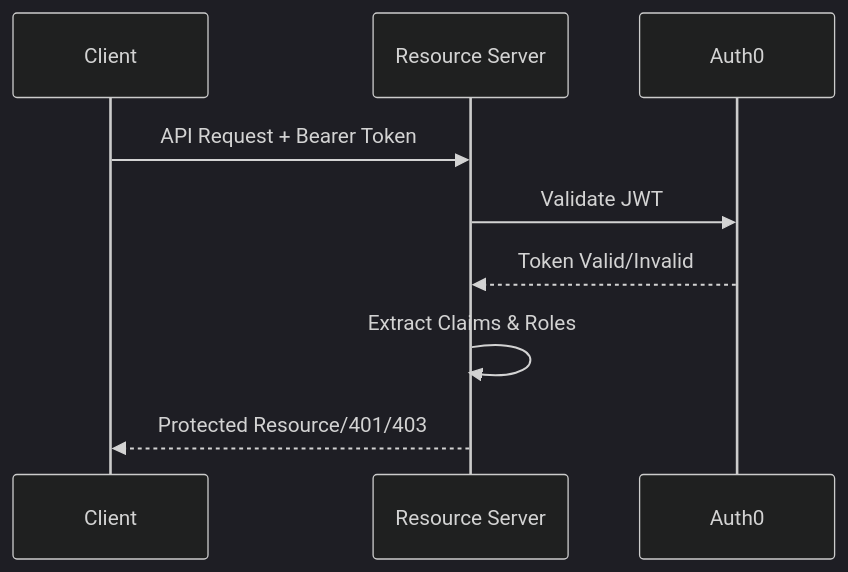
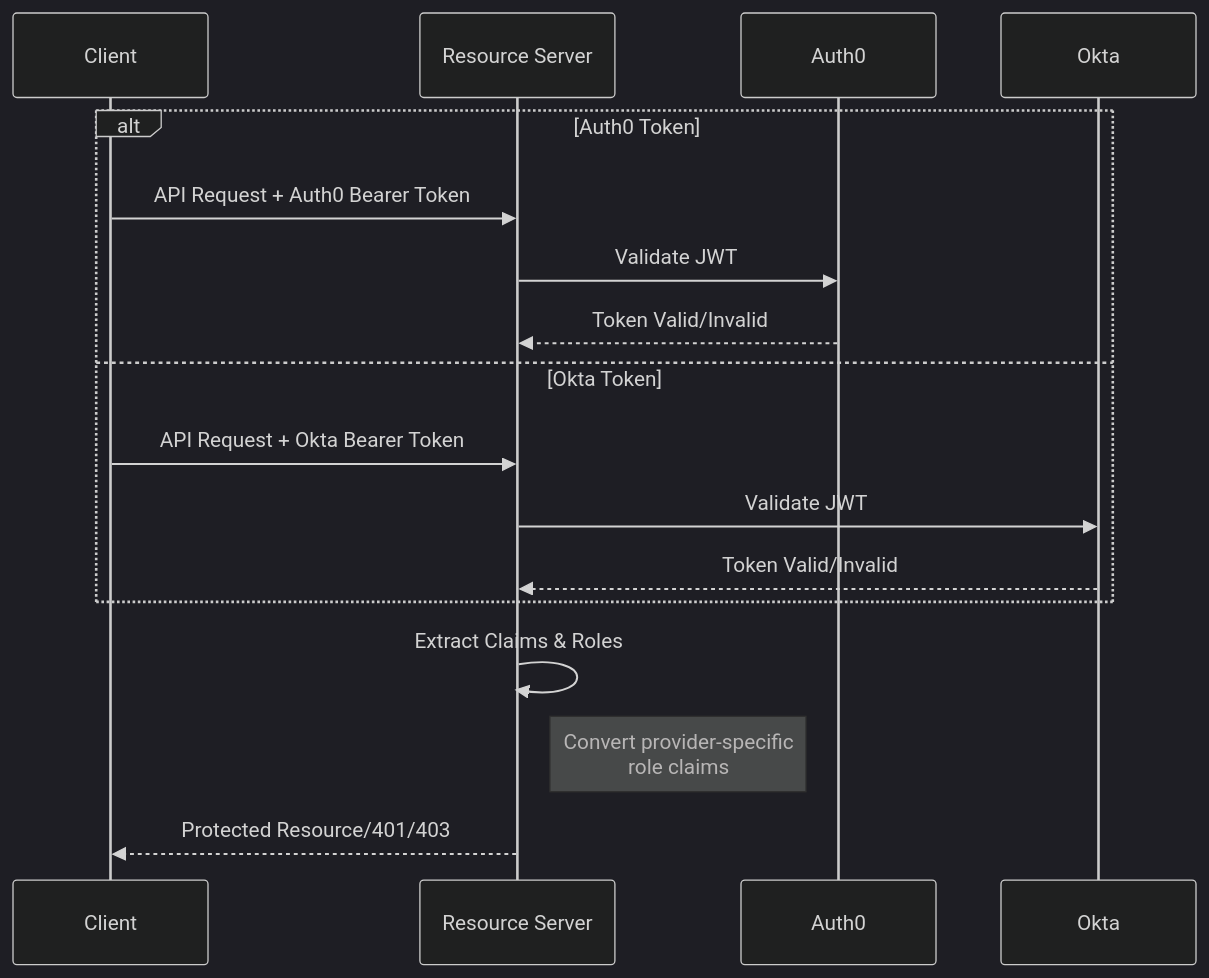
One commit to flaviuivanciuc/oauth2-demo changed the diagram in resource-server-demo/docs/authentication-flow.md. Above: the diagram before and after it, drawn with Mermaid (dark theme). The commit also changed other lines of this file and 12 other files, not shown here.

````diff
--- a/resource-server-demo/docs/authentication-flow.md
+++ b/resource-server-demo/docs/authentication-flow.md
@@ -9,12 +9,21 @@
 ```mermaid
 sequenceDiagram
     participant Client
     participant Resource Server
     participant Auth0
+    participant Okta
 
-    Client->>Resource Server: API Request + Bearer Token
-    Resource Server->>Auth0: Validate JWT
-    Auth0-->>Resource Server: Token Valid/Invalid
+    alt Auth0 Token
+        Client->>Resource Server: API Request + Auth0 Bearer Token
+        Resource Server->>Auth0: Validate JWT
+        Auth0-->>Resource Server: Token Valid/Invalid
+    else Okta Token
+        Client->>Resource Server: API Request + Okta Bearer Token
+        Resource Server->>Okta: Validate JWT
+        Okta-->>Resource Server: Token Valid/Invalid
+    end
+
     Resource Server->>Resource Server: Extract Claims & Roles
+    Note right of Resource Server: Convert provider-specific<br/>role claims
     Resource Server-->>Client: Protected Resource/401/403
 ```
````
